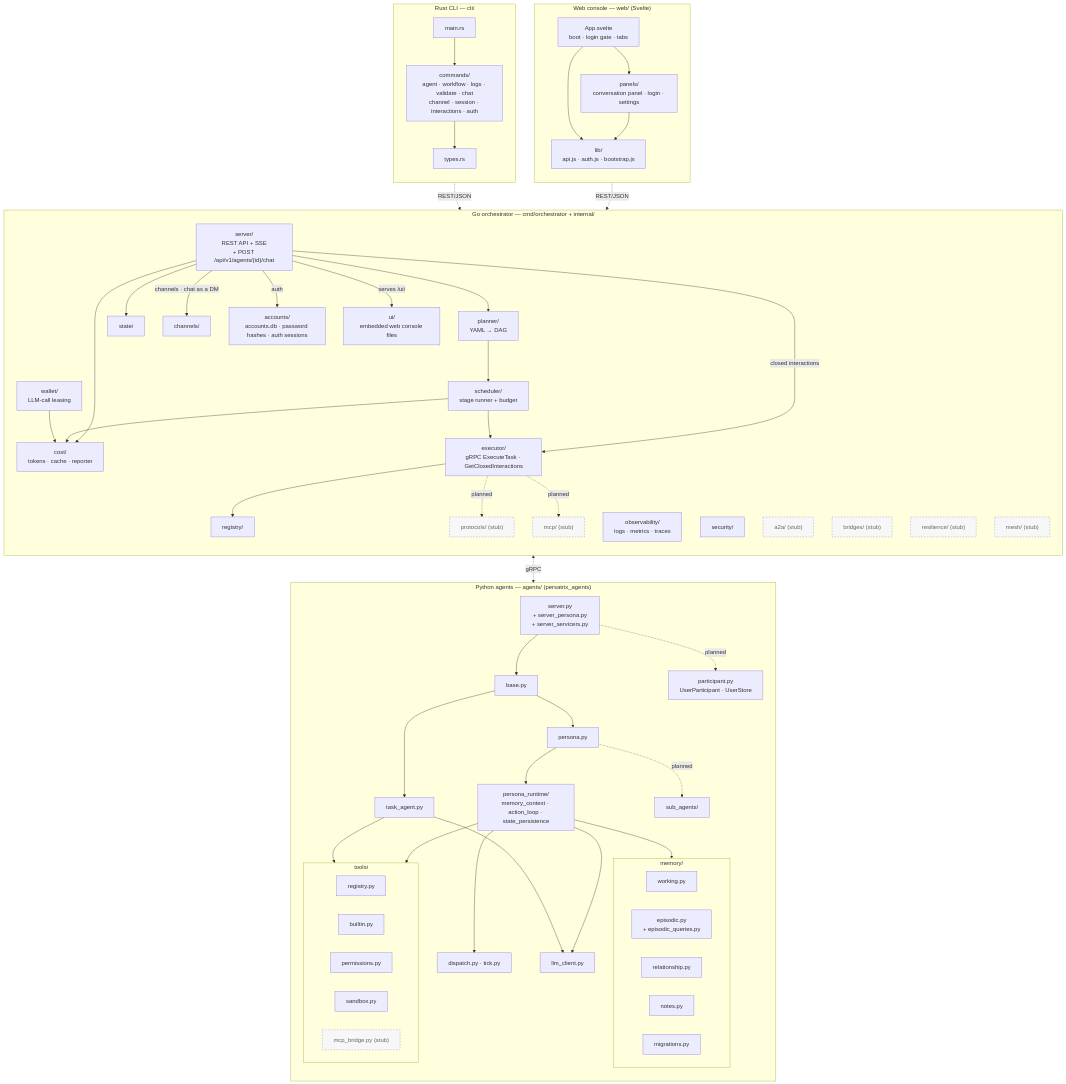
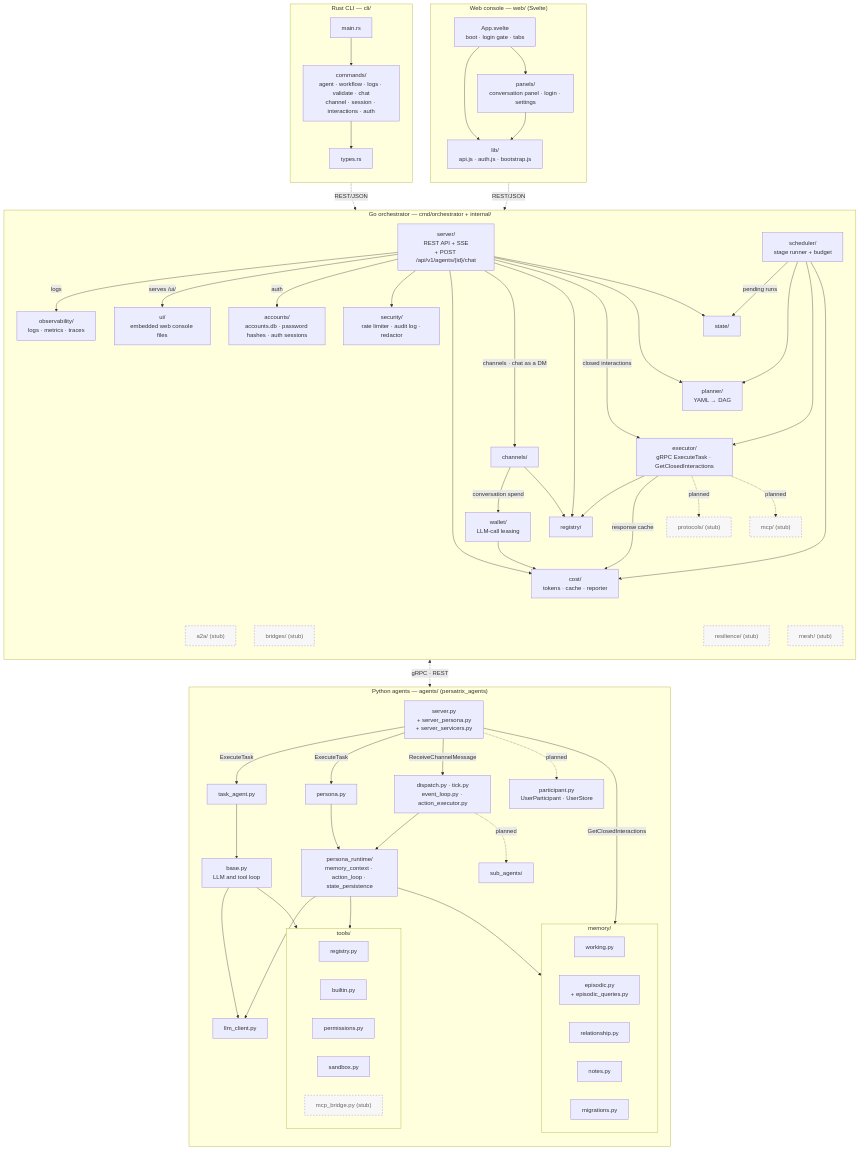
One commit to mkhomutov/Persatrix changed the diagram in docs/diagrams/component-architecture.md. Above: the diagram before and after it, drawn with Mermaid. The commit also changed other lines of this file and 2 other files, not shown here.

````diff
--- a/docs/diagrams/component-architecture.md
+++ b/docs/diagrams/component-architecture.md
@@ -45,7 +51,7 @@
         WALLET["wallet/<br/>LLM-call leasing"]
         TELE["observability/<br/>logs · metrics · traces"]
         CHAN["channels/"]
-        SEC["security/"]
+        SEC["security/<br/>rate limiter · audit log · redactor"]
         ACCOUNTS["accounts/<br/>accounts.db · password hashes · auth sessions"]
         UI["ui/<br/>embedded web console files"]
 
@@ -56,31 +62,46 @@
         MCPG["mcp/ (stub)"]:::stub
         PROTOS["protocols/ (stub)"]:::stub
 
+        SERVER -->|logs| TELE
+        SERVER -->|serves /ui/| UI
+        SERVER -->|auth| ACCOUNTS
+        SERVER --> SEC
+        SERVER --> COST
+        SERVER -->|channels · chat as a DM| CHAN
+        SERVER --> REGISTRY
+        SERVER -->|closed interactions| EXECUTOR
         SERVER --> PLANNER
         SERVER --> STATE
-        SERVER --> COST
-        SERVER -->|channels · chat as a DM| CHAN
-        SERVER -->|closed interactions| EXECUTOR
-        SERVER -->|auth| ACCOUNTS
-        SERVER -->|serves /ui/| UI
-        PLANNER --> SCHEDULER
+        CHAN -->|conversation spend| WALLET
+        CHAN --> REGISTRY
+        WALLET --> COST
+        EXECUTOR --> REGISTRY
+        EXECUTOR -->|response cache| COST
+        EXECUTOR -. planned .-> PROTOS
+        EXECUTOR -. planned .-> MCPG
+        SCHEDULER -->|pending runs| STATE
+        SCHEDULER --> PLANNER
         SCHEDULER --> EXECUTOR
         SCHEDULER --> COST
-        WALLET --> COST
-        EXECUTOR --> REGISTRY
-        EXECUTOR -. planned .-> PROTOS
-        EXECUTOR -. planned .-> MCPG
+
+        %% Layout only: a ~~~ link is invisible. These keep the packages that
+        %% several boxes call on rows of their own and the stubs at the bottom,
+        %% so the Go arrows do not cross. The order of the arrows above matters too.
+        STATE ~~~ PLANNER
+        PLANNER ~~~ EXECUTOR
+        REGISTRY ~~~ COST
+        COST ~~~ A2A & BRIDGES & RES & MESH
     end
 
     subgraph Py["Python agents — agents/ (persatrix_agents)"]
         direction TB
         SRV["server.py<br/>+ server_persona.py<br/>+ server_servicers.py"]
-        BASE["base.py"]
         TASK["task_agent.py"]
         PERSONA["persona.py"]
+        DISPATCH["dispatch.py · tick.py<br/>event_loop.py · action_executor.py"]
+        BASE["base.py<br/>LLM and tool loop"]
+        PRUNTIME["persona_runtime/<br/>memory_context · action_loop · state_persistence"]
         PART["participant.py<br/>UserParticipant · UserStore"]
-        PRUNTIME["persona_runtime/<br/>memory_context · action_loop · state_persistence"]
-        DISPATCH["dispatch.py · tick.py"]
         LLM["llm_client.py"]
         SUB["sub_agents/"]
 
@@ -100,23 +121,25 @@
             TMCP["mcp_bridge.py (stub)"]:::stub
         end
 
-        SRV --> BASE
+        SRV -->|ExecuteTask| TASK
+        SRV -->|ExecuteTask| PERSONA
+        SRV -->|ReceiveChannelMessage| DISPATCH
+        SRV -->|GetClosedInteractions| MEM
         SRV -. planned .-> PART
-        BASE --> TASK
-        BASE --> PERSONA
+        TASK --> BASE
         PERSONA --> PRUNTIME
-        PRUNTIME --> DISPATCH
+        DISPATCH --> PRUNTIME
+        DISPATCH -. planned .-> SUB
+        BASE --> LLM
+        BASE --> TOOLS
+        PRUNTIME --> LLM
+        PRUNTIME --> TOOLS
         PRUNTIME --> MEM
-        TASK --> LLM
-        PRUNTIME --> LLM
-        TASK --> TOOLS
-        PRUNTIME --> TOOLS
-        PERSONA -. planned .-> SUB
     end
 
     Rust -.->|REST/JSON| Go
     Web -.->|REST/JSON| Go
-    Go <-.->|gRPC| Py
+    Go <-.->|gRPC · REST| Py
 
     classDef stub stroke-dasharray: 4 4,fill:#f7f7f7,color:#666
 ```
````
